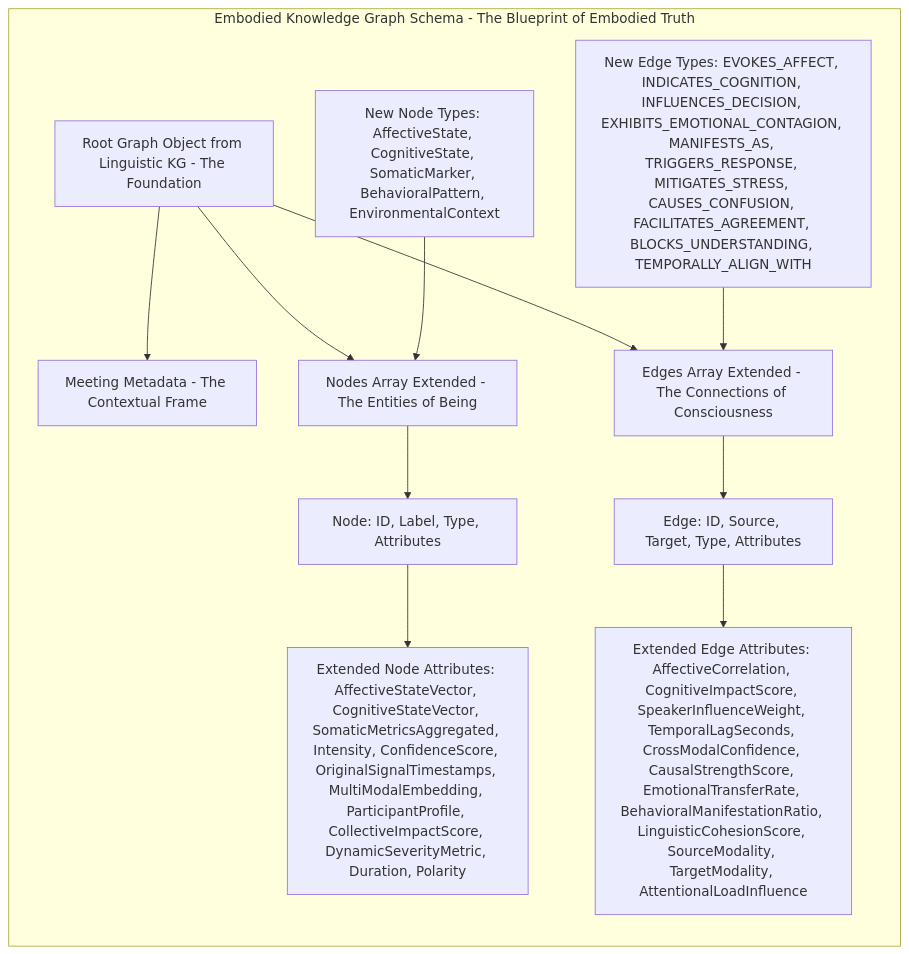
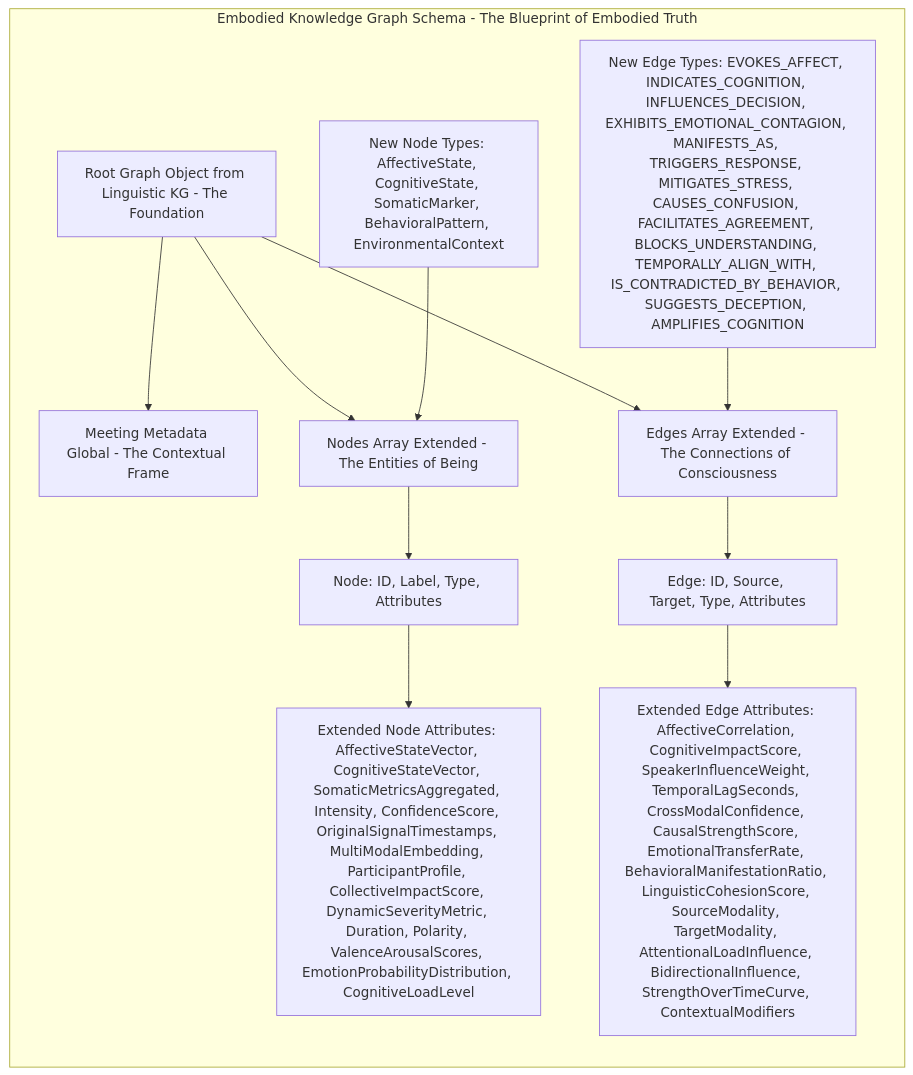
The sixth of 9 diagrams in inventions/inventions/012_holographic_meeting_scribe/014_multimodal_somatic_cognitive_graph_integration.md (diplomat-bit/Citibank_Demo_Business_Inc_Demonstration-), drawn with Mermaid before and after one commit. The commit also changed other lines of this file, not shown here.

Commit message:
[AI] Edit: inventions/inventions/012_holographic_meeting_scribe/014_multimodal_somatic_cognitive_graph_integration.md

````diff
--- a/inventions/inventions/012_holographic_meeting_scribe/014_multimodal_somatic_cognitive_graph_integration.md
+++ b/inventions/inventions/012_holographic_meeting_scribe/014_multimodal_somatic_cognitive_graph_integration.md
@@ -442,24 +463,24 @@
 ```mermaid
 graph LR
     subgraph Embodied Knowledge Graph Schema - The Blueprint of Embodied Truth
         LKG_ROOT[Root Graph Object from Linguistic KG - The Foundation]
         NODE_TYPES_ADD[New Node Types: AffectiveState, CognitiveState, SomaticMarker, BehavioralPattern, EnvironmentalContext];
-        EDGE_TYPES_ADD[New Edge Types: EVOKES_AFFECT, INDICATES_COGNITION, INFLUENCES_DECISION, EXHIBITS_EMOTIONAL_CONTAGION, MANIFESTS_AS, TRIGGERS_RESPONSE, MITIGATES_STRESS, CAUSES_CONFUSION, FACILITATES_AGREEMENT, BLOCKS_UNDERSTANDING, TEMPORALLY_ALIGN_WITH];
+        EDGE_TYPES_ADD[New Edge Types: EVOKES_AFFECT, INDICATES_COGNITION, INFLUENCES_DECISION, EXHIBITS_EMOTIONAL_CONTAGION, MANIFESTS_AS, TRIGGERS_RESPONSE, MITIGATES_STRESS, CAUSES_CONFUSION, FACILITATES_AGREEMENT, BLOCKS_UNDERSTANDING, TEMPORALLY_ALIGN_WITH, IS_CONTRADICTED_BY_BEHAVIOR, SUGGESTS_DECEPTION, AMPLIFIES_COGNITION];
 
-        NODE_ATTRIBUTES_EXT[Extended Node Attributes: AffectiveStateVector, CognitiveStateVector, SomaticMetricsAggregated, Intensity, ConfidenceScore, OriginalSignalTimestamps, MultiModalEmbedding, ParticipantProfile, CollectiveImpactScore, DynamicSeverityMetric, Duration, Polarity];
-        EDGE_ATTRIBUTES_EXT[Extended Edge Attributes: AffectiveCorrelation, CognitiveImpactScore, SpeakerInfluenceWeight, TemporalLagSeconds, CrossModalConfidence, CausalStrengthScore, EmotionalTransferRate, BehavioralManifestationRatio, LinguisticCohesionScore, SourceModality, TargetModality, AttentionalLoadInfluence];
+        NODE_ATTRIBUTES_EXT[Extended Node Attributes: AffectiveStateVector, CognitiveStateVector, SomaticMetricsAggregated, Intensity, ConfidenceScore, OriginalSignalTimestamps, MultiModalEmbedding, ParticipantProfile, CollectiveImpactScore, DynamicSeverityMetric, Duration, Polarity, ValenceArousalScores, EmotionProbabilityDistribution, CognitiveLoadLevel];
+        EDGE_ATTRIBUTES_EXT[Extended Edge Attributes: AffectiveCorrelation, CognitiveImpactScore, SpeakerInfluenceWeight, TemporalLagSeconds, CrossModalConfidence, CausalStrengthScore, EmotionalTransferRate, BehavioralManifestationRatio, LinguisticCohesionScore, SourceModality, TargetModality, AttentionalLoadInfluence, BidirectionalInfluence, StrengthOverTimeCurve, ContextualModifiers];
 
-        LKG_ROOT --> METADATA[Meeting Metadata - The Contextual Frame];
+        LKG_ROOT --> METADATA[Meeting Metadata Global - The Contextual Frame];
         LKG_ROOT --> NODES_ARRAY_EXT[Nodes Array Extended - The Entities of Being];
         LKG_ROOT --> EDGES_ARRAY_EXT[Edges Array Extended - The Connections of Consciousness];
 
         NODE_TYPES_ADD --> NODES_ARRAY_EXT;
         EDGE_TYPES_ADD --> EDGES_ARRAY_EXT;
 
         NODES_ARRAY_EXT --> N1[Node: ID, Label, Type, Attributes];
         N1 --> NODE_ATTRIBUTES_EXT;
 
         EDGES_ARRAY_EXT --> E1[Edge: ID, Source, Target, Type, Attributes];
         E1 --> EDGE_ATTRIBUTES_EXT;
     end
 ```
````
